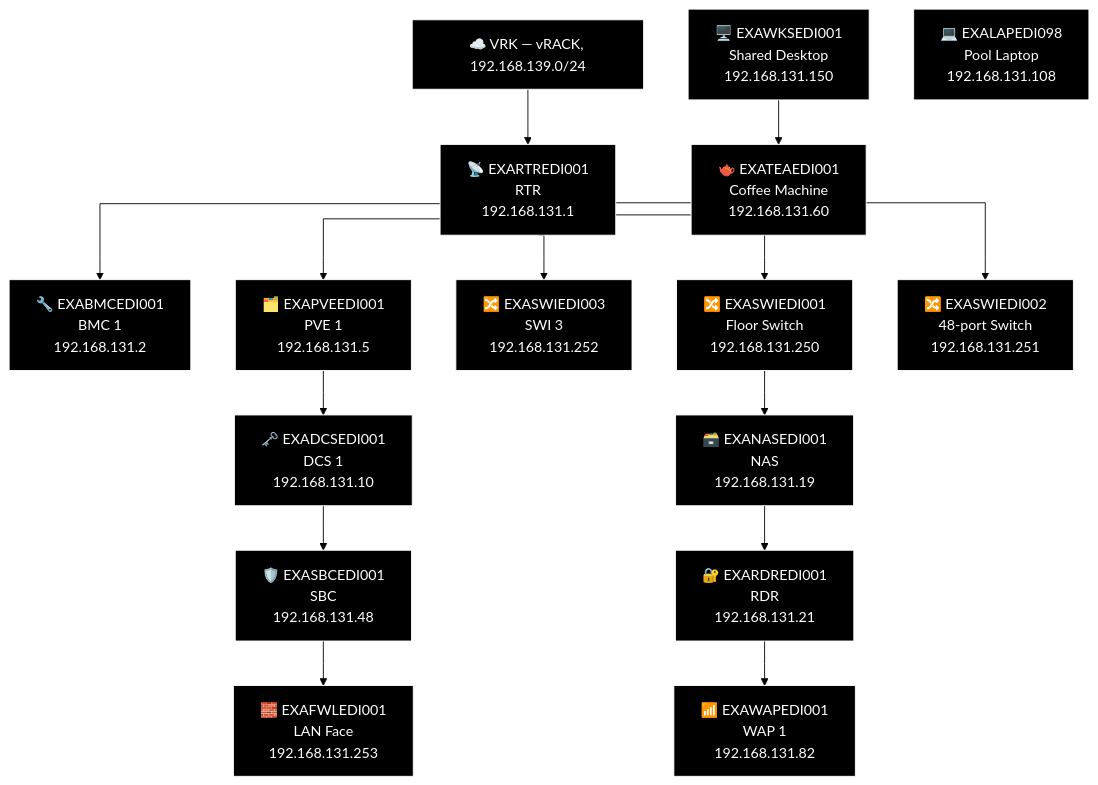
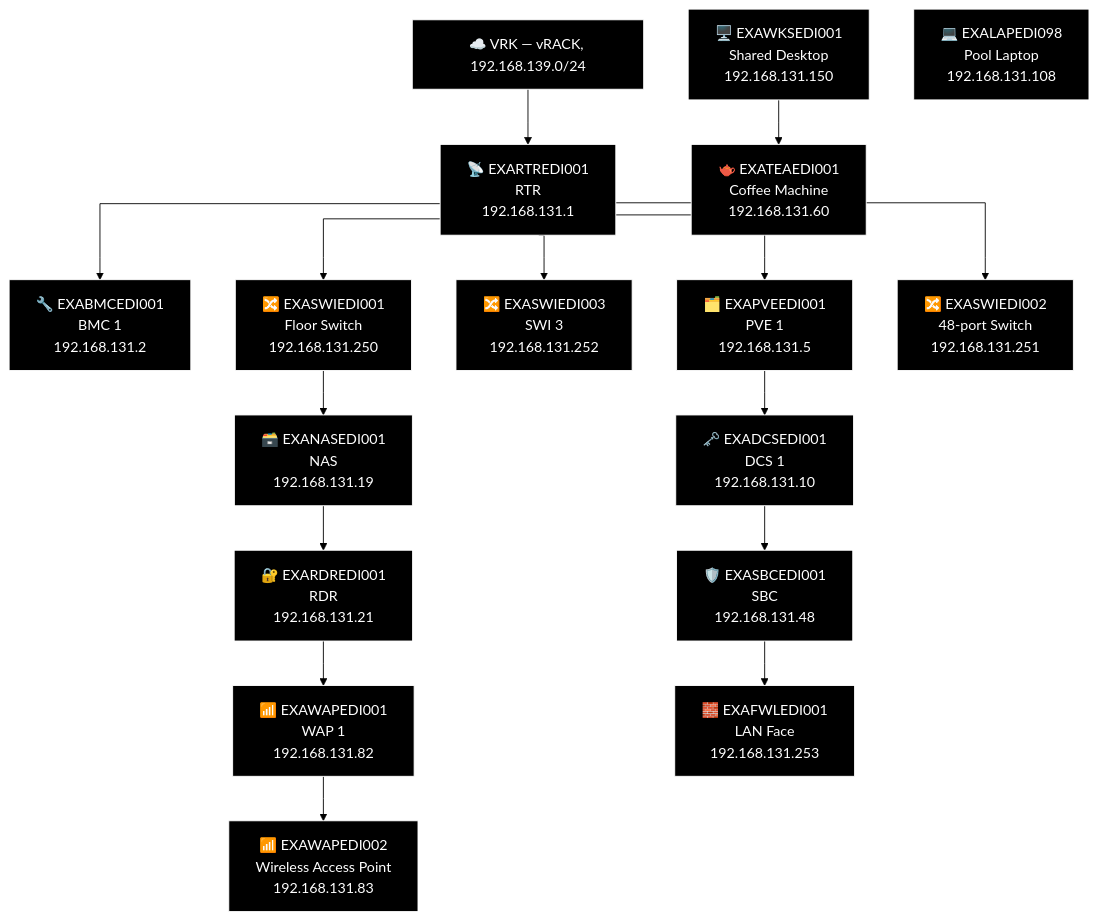
Before and after one commit to knightmare2600/example_music_infra: the sixth of 21 diagrams in docs/network-diagram/scotland.md, drawn with Mermaid (forest theme). The commit also changed other lines of this file and 25 other files, not shown here.

````diff
--- a/docs/network-diagram/scotland.md
+++ b/docs/network-diagram/scotland.md
@@ -433,47 +443,49 @@
 ```mermaid
 %% GENERATED:TOPOLOGY:EDI:START
 %%{init: {'flowchart': {'curve': 'stepAfter'}}}%%
 graph TD
     T_VRK["☁️ VRK — vRACK, 192.168.139.0/24"]
     T_RTR["📡 EXARTREDI001<br/>RTR<br/>192.168.131.1"]
     T_VRK --> T_RTR
     T_BMC["🔧 EXABMCEDI001<br/>BMC 1<br/>192.168.131.2"]
     T_RTR --> T_BMC
     T_PVE["🗂️ EXAPVEEDI001<br/>PVE 1<br/>192.168.131.5"]
     T_RTR --> T_PVE
     T_SWI["🔀 EXASWIEDI003<br/>SWI 3<br/>192.168.131.252"]
     T_RTR --> T_SWI
     T_SWI2["🔀 EXASWIEDI001<br/>Floor Switch<br/>192.168.131.250"]
     T_RTR --> T_SWI2
     T_SWI3["🔀 EXASWIEDI002<br/>48-port Switch<br/>192.168.131.251"]
     T_RTR --> T_SWI3
     T_NAS["🗃️ EXANASEDI001<br/>NAS<br/>192.168.131.19"]
     T_RDR["🔐 EXARDREDI001<br/>RDR<br/>192.168.131.21"]
     T_WAP["📶 EXAWAPEDI001<br/>WAP 1<br/>192.168.131.82"]
-    T_SWI2 --> T_NAS --> T_RDR --> T_WAP
+    T_WAP2["📶 EXAWAPEDI002<br/>Wireless Access Point<br/>192.168.131.83"]
+    T_SWI2 --> T_NAS --> T_RDR --> T_WAP --> T_WAP2
     T_DCS["🗝️ EXADCSEDI001<br/>DCS 1<br/>192.168.131.10"]
     T_SBC["🛡️ EXASBCEDI001<br/>SBC<br/>192.168.131.48"]
     T_FWL["🧱 EXAFWLEDI001<br/>LAN Face<br/>192.168.131.253"]
     T_PVE --> T_DCS --> T_SBC --> T_FWL
     T_WKS["🖥️ EXAWKSEDI001<br/>Shared Desktop<br/>192.168.131.150"]
     T_LAP["💻 EXALAPEDI098<br/>Pool Laptop<br/>192.168.131.108"]
     T_TEA["🫖 EXATEAEDI001<br/>Coffee Machine<br/>192.168.131.60"]
     T_WKS --> T_TEA
     style T_VRK fill:#000000,stroke:#FFFFFF,color:#FFFFFF
     style T_RTR fill:#000000,stroke:#FFFFFF,color:#FFFFFF
     style T_BMC fill:#000000,stroke:#FFFFFF,color:#FFFFFF
     style T_PVE fill:#000000,stroke:#FFFFFF,color:#FFFFFF
     style T_SWI fill:#000000,stroke:#FFFFFF,color:#FFFFFF
     style T_SWI2 fill:#000000,stroke:#FFFFFF,color:#FFFFFF
     style T_SWI3 fill:#000000,stroke:#FFFFFF,color:#FFFFFF
     style T_NAS fill:#000000,stroke:#FFFFFF,color:#FFFFFF
     style T_RDR fill:#000000,stroke:#FFFFFF,color:#FFFFFF
     style T_WAP fill:#000000,stroke:#FFFFFF,color:#FFFFFF
+    style T_WAP2 fill:#000000,stroke:#FFFFFF,color:#FFFFFF
     style T_DCS fill:#000000,stroke:#FFFFFF,color:#FFFFFF
     style T_SBC fill:#000000,stroke:#FFFFFF,color:#FFFFFF
     style T_FWL fill:#000000,stroke:#FFFFFF,color:#FFFFFF
     style T_WKS fill:#000000,stroke:#FFFFFF,color:#FFFFFF
     style T_LAP fill:#000000,stroke:#FFFFFF,color:#FFFFFF
     style T_TEA fill:#000000,stroke:#FFFFFF,color:#FFFFFF
 %% GENERATED:TOPOLOGY:EDI:END
 ```
````
